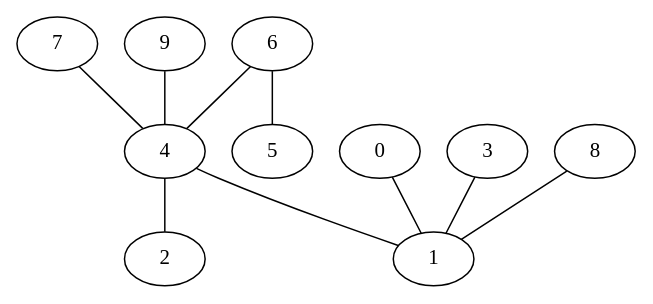
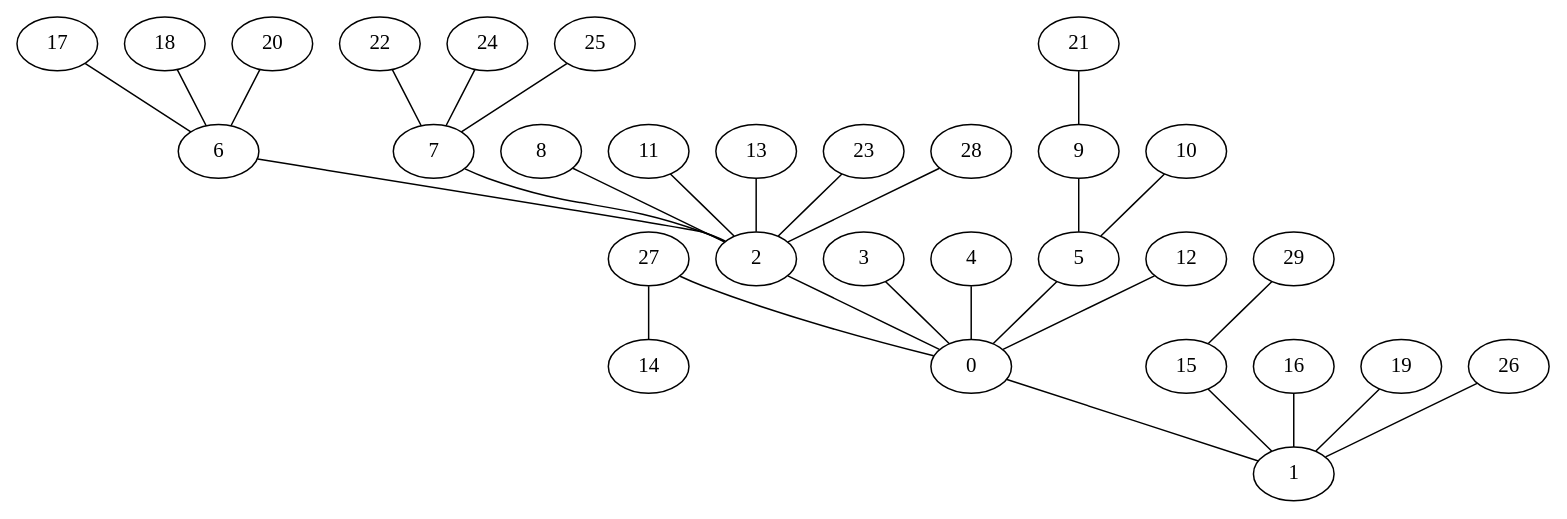
Before and after one commit to humbertoART/BibliotecaGraph: the diagram in Texto_Kruskal_Prim/gPrimDorogovtsev41.dot, drawn with Graphviz. The commit also changed 105 other files, not shown here.

```diff
--- a/Texto_Kruskal_Prim/gPrimDorogovtsev41.dot
+++ b/Texto_Kruskal_Prim/gPrimDorogovtsev41.dot
@@ -1,21 +1,61 @@
 graph G {
-  6;
-  4;
+  27;
+  0;
   1;
-  0;
   2;
   3;
+  4;
   5;
+  6;
   7;
   8;
   9;
-   6 -- 4;
-   4 -- 1;
+  10;
+  11;
+  12;
+  13;
+  14;
+  15;
+  16;
+  17;
+  18;
+  19;
+  20;
+  21;
+  22;
+  23;
+  24;
+  25;
+  26;
+  28;
+  29;
+   27 -- 0;
    0 -- 1;
-   4 -- 2;
-   3 -- 1;
-   6 -- 5;
-   7 -- 4;
-   8 -- 1;
-   9 -- 4;
+   2 -- 0;
+   3 -- 0;
+   4 -- 0;
+   5 -- 0;
+   6 -- 2;
+   7 -- 2;
+   8 -- 2;
+   9 -- 5;
+   10 -- 5;
+   11 -- 2;
+   12 -- 0;
+   13 -- 2;
+   27 -- 14;
+   15 -- 1;
+   16 -- 1;
+   17 -- 6;
+   18 -- 6;
+   19 -- 1;
+   20 -- 6;
+   21 -- 9;
+   22 -- 7;
+   23 -- 2;
+   24 -- 7;
+   25 -- 7;
+   26 -- 1;
+   28 -- 2;
+   29 -- 15;
 }
```
